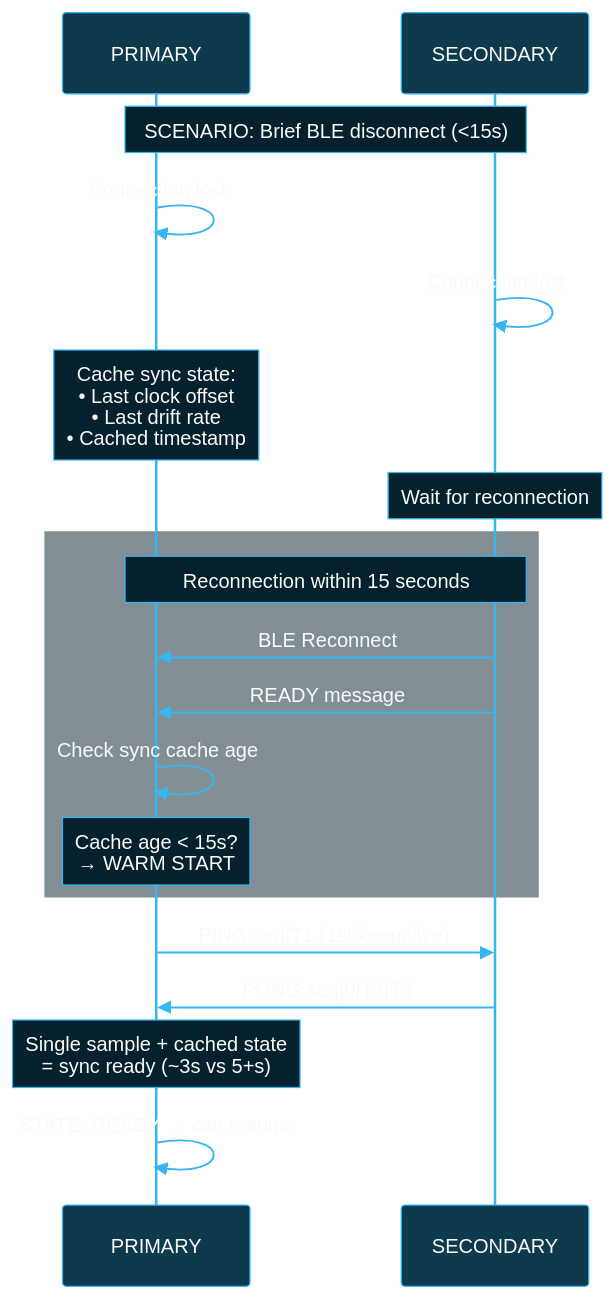
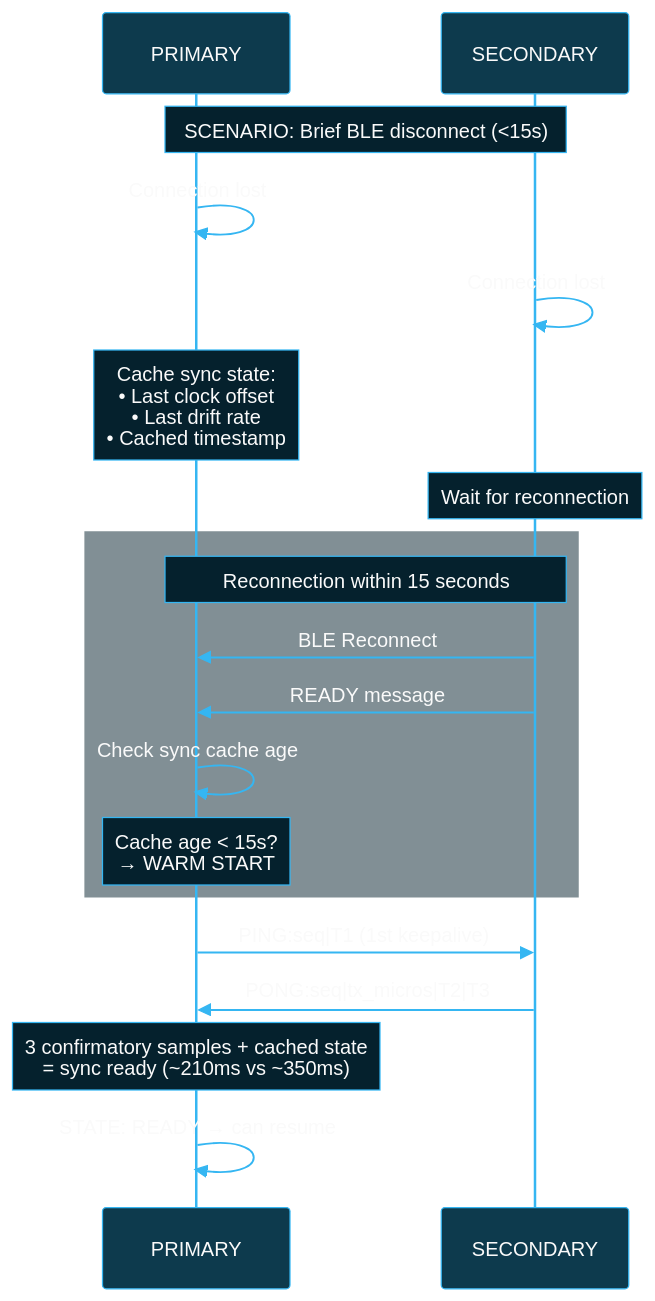
Before and after one commit to BlueBuzzah/BlueBuzzah-Firmware: the fifth of 11 diagrams in docs/THERAPY_SESSION_FLOW.md, drawn with Mermaid. The commit also changed other lines of this file and 7 other files, not shown here.

````diff
--- a/docs/THERAPY_SESSION_FLOW.md
+++ b/docs/THERAPY_SESSION_FLOW.md
@@ -322,51 +322,51 @@
 ```mermaid
 %%{init: {'theme': 'base', 'themeVariables': {
   'primaryColor': '#0d3a4d',
   'primaryTextColor': '#fafafa',
   'primaryBorderColor': '#35B6F2',
   'lineColor': '#35B6F2',
   'secondaryColor': '#05212D',
   'tertiaryColor': '#0a0a0a',
   'background': '#0a0a0a',
   'actorBkg': '#0d3a4d',
   'actorBorder': '#35B6F2',
   'actorTextColor': '#fafafa',
   'actorLineColor': '#35B6F2',
   'signalColor': '#35B6F2',
   'signalTextColor': '#fafafa',
   'labelBoxBkgColor': '#05212D',
   'labelBoxBorderColor': '#35B6F2',
   'labelTextColor': '#fafafa',
   'loopTextColor': '#fafafa',
   'noteBkgColor': '#05212D',
   'noteBorderColor': '#35B6F2',
   'noteTextColor': '#fafafa',
   'activationBkgColor': '#0d3a4d',
   'activationBorderColor': '#35B6F2',
   'sequenceNumberColor': '#fafafa'
 }}}%%
 sequenceDiagram
     participant P as PRIMARY
     participant S as SECONDARY
 
     Note over P,S: SCENARIO: Brief BLE disconnect (<15s)
 
     P->>P: Connection lost
     S->>S: Connection lost
     Note over P: Cache sync state:<br/>• Last clock offset<br/>• Last drift rate<br/>• Cached timestamp
     Note over S: Wait for reconnection
 
     rect rgba(5, 33, 45, 0.5)
         Note over P,S: Reconnection within 15 seconds
         S->>P: BLE Reconnect
         S->>P: READY message
         P->>P: Check sync cache age
         Note over P: Cache age < 15s?<br/>→ WARM START
     end
 
     P->>S: PING:seq|T1 (1st keepalive)
-    S->>P: PONG:seq|0|T2|T3
-    Note over P: Single sample + cached state<br/>= sync ready (~3s vs 5+s)
+    S->>P: PONG:seq|tx_micros|T2|T3
+    Note over P: 3 confirmatory samples + cached state<br/>= sync ready (~210ms vs ~350ms)
 
     P->>P: STATE: READY → can resume
 ```
````
